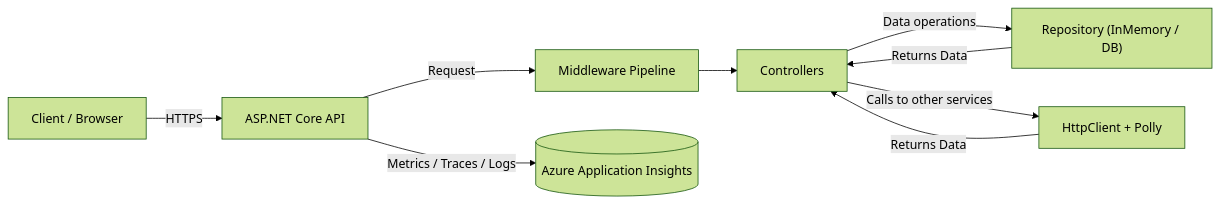
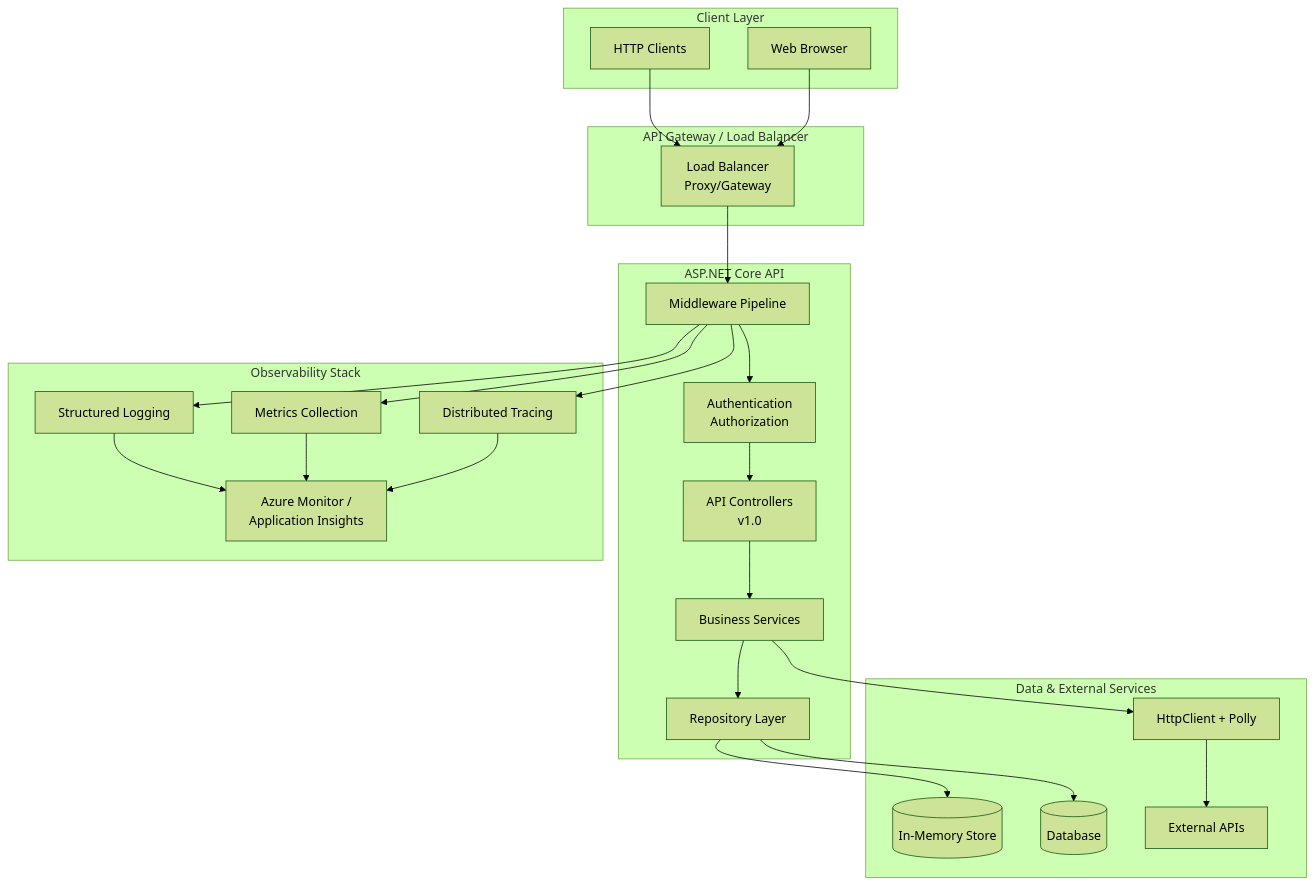
One commit to debdevops/aspnetbestpractices changed the first of 3 diagrams in README.md. Above: the diagram before and after it, drawn with Mermaid (forest theme). The commit also changed other lines of this file, not shown here.

````diff
--- a/README.md
+++ b/README.md
@@ -48,11 +72,38 @@
 ```mermaid
-flowchart LR
-    Client[Client / Browser] -->|HTTPS| API[ASP.NET Core API]
-    API -->|Request| MW[Middleware Pipeline]
-    MW --> Controllers[Controllers]
-    Controllers -->|Data operations| Repo["Repository (InMemory / DB)"]
-    Controllers -->|Calls to other services| Downstream[HttpClient + Polly]
-    Repo -->|Returns Data| Controllers
-    Downstream -->|Returns Data| Controllers
-    API -->|Metrics / Traces / Logs| Observability[("Azure Application Insights")]
+graph TB
+    subgraph "Client Layer"
+        Client[HTTP Clients]
+        Browser[Web Browser]
+    end
+    
+    subgraph "API Gateway / Load Balancer"
+        LB[Load Balancer<br/>Proxy/Gateway]
+    end
+    
+    Client --> LB
+    Browser --> LB
+    
+    subgraph "ASP.NET Core API"
+        LB --> MW[Middleware Pipeline]
+        MW --> Auth[Authentication<br/>Authorization]
+        Auth --> Controllers[API Controllers<br/>v1.0]
+        Controllers --> Services[Business Services]
+        Services --> Repo[Repository Layer]
+    end
+    
+    subgraph "Data & External Services"
+        Repo --> Memory[(In-Memory Store)]
+        Repo --> DB[(Database)]
+        Services --> HTTP[HttpClient + Polly]
+        HTTP --> External[External APIs]
+    end
+    
+    subgraph "Observability Stack"
+        MW --> Logs[Structured Logging]
+        MW --> Metrics[Metrics Collection]
+        MW --> Traces[Distributed Tracing]
+        Logs --> Monitor[Azure Monitor /<br/>Application Insights]
+        Metrics --> Monitor
+        Traces --> Monitor
+    end
 ```
````
